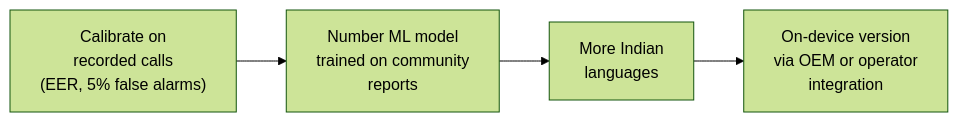
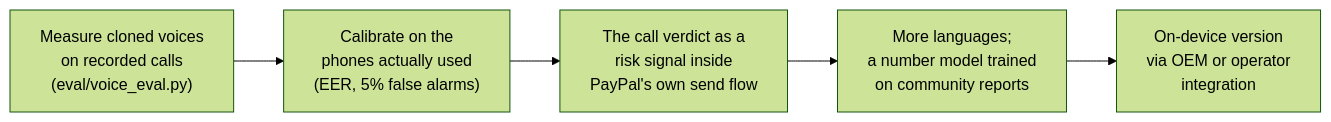
Before and after one commit to YADUNANDAN-SINGH/Veracity: diagram 11 of 11 in README.md, drawn with Mermaid (forest theme). The commit also changed other lines of this file and 15 other files, not shown here.

First line of the commit message:
Judge-ready README and PayPal setup guide; safer holds; recorded replays

````diff
--- a/README.md
+++ b/README.md
@@ -637,6 +855,7 @@
 ```mermaid
 flowchart LR
-    A["Calibrate on<br/>recorded calls<br/>(EER, 5% false alarms)"] --> B["Number ML model<br/>trained on community<br/>reports"]
-    B --> C["More Indian<br/>languages"]
-    C --> D["On-device version<br/>via OEM or operator<br/>integration"]
+    A["Measure cloned voices<br/>on recorded calls<br/>(eval/voice_eval.py)"] --> B["Calibrate on the<br/>phones actually used<br/>(EER, 5% false alarms)"]
+    B --> C["The call verdict as a<br/>risk signal inside<br/>PayPal's own send flow"]
+    C --> D["More languages;<br/>a number model trained<br/>on community reports"]
+    D --> E["On-device version<br/>via OEM or operator<br/>integration"]
 ```
````
